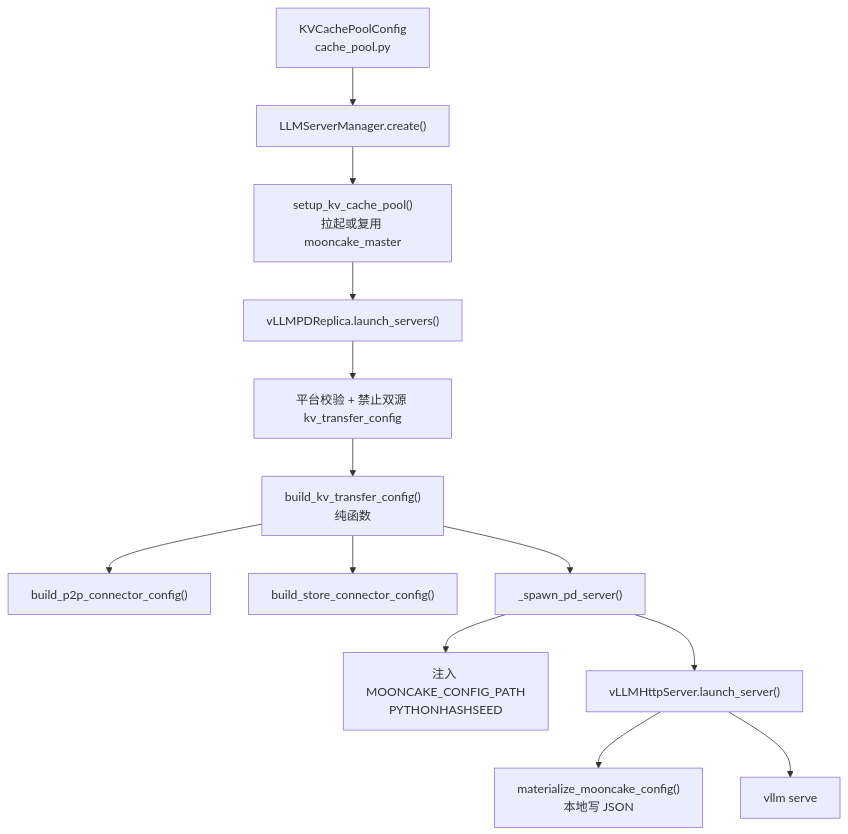
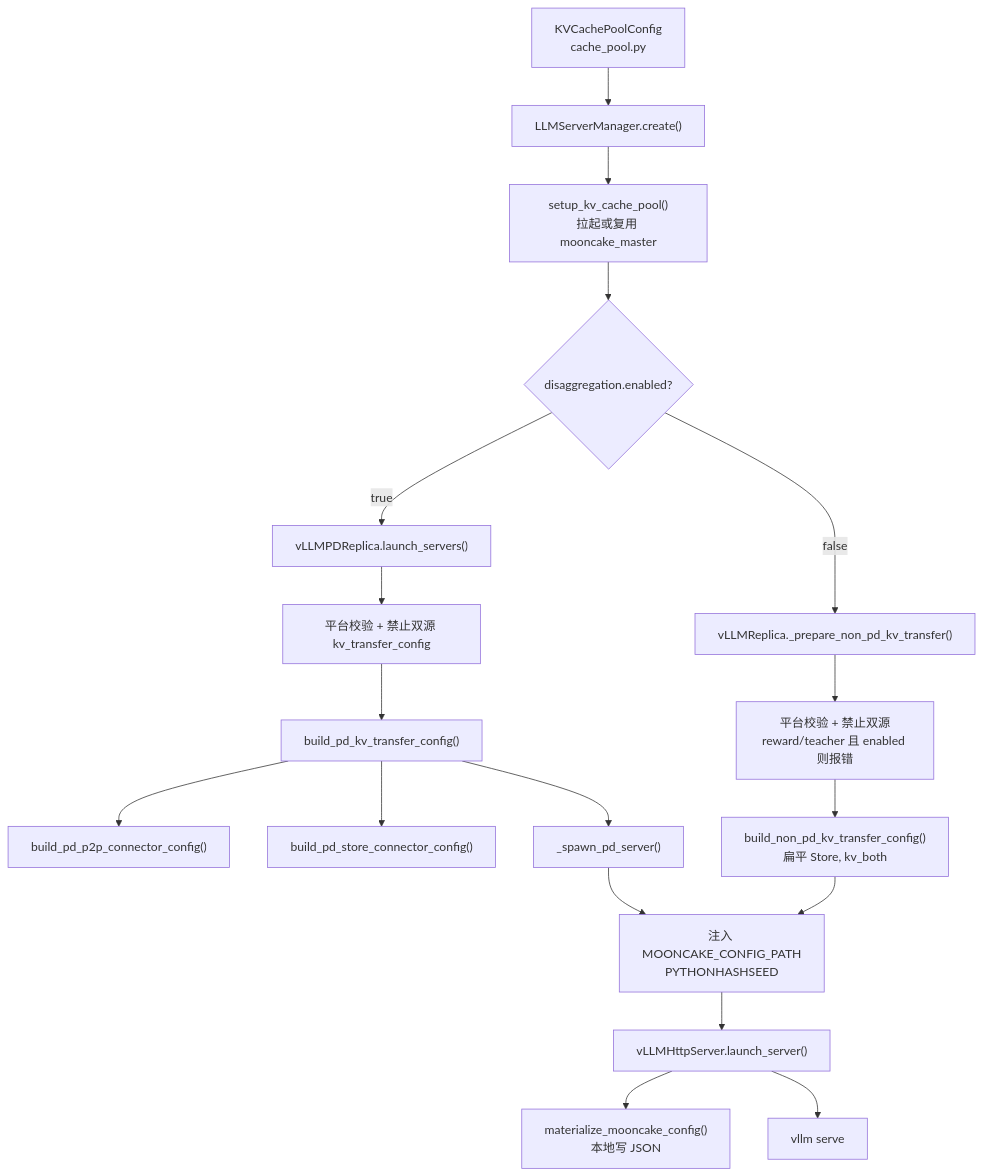
Before and after one commit to zhichao-lin/verl: the first of 7 diagrams in docs/perf/cache_pool/kv_cache_pool_spec.md, drawn with Mermaid. The commit also changed other lines of this file and 10 other files, not shown here.

First line of the commit message:
[vllm] feat: attach a Mooncake Store connector for non-PD rollout

````diff
--- a/docs/perf/cache_pool/kv_cache_pool_spec.md
+++ b/docs/perf/cache_pool/kv_cache_pool_spec.md
@@ -56,15 +54,20 @@
 ```mermaid
 flowchart TB
     CFG["KVCachePoolConfig<br/>cache_pool.py"] --> MGR["LLMServerManager.create()"]
     MGR --> SETUP["setup_kv_cache_pool()<br/>拉起或复用 mooncake_master"]
-    SETUP --> REPL["vLLMPDReplica.launch_servers()"]
-    REPL --> VAL["平台校验 + 禁止双源 kv_transfer_config"]
-    VAL --> BUILD["build_kv_transfer_config()<br/>纯函数"]
-    BUILD --> P2P["build_p2p_connector_config()"]
-    BUILD --> STORE["build_store_connector_config()"]
+    SETUP --> BRANCH{"disaggregation.enabled?"}
+    BRANCH -->|true| PD["vLLMPDReplica.launch_servers()"]
+    BRANCH -->|false| NPD["vLLMReplica._prepare_non_pd_kv_transfer()"]
+    PD --> VAL["平台校验 + 禁止双源 kv_transfer_config"]
+    NPD --> NVAL["平台校验 + 禁止双源<br/>reward/teacher 且 enabled 则报错"]
+    VAL --> BUILD["build_pd_kv_transfer_config()"]
+    BUILD --> P2P["build_pd_p2p_connector_config()"]
+    BUILD --> STORE["build_pd_store_connector_config()"]
     BUILD --> SPAWN["_spawn_pd_server()"]
+    NVAL --> NBUILD["build_non_pd_kv_transfer_config()<br/>扁平 Store, kv_both"]
     SPAWN --> ENV["注入 MOONCAKE_CONFIG_PATH<br/>PYTHONHASHSEED"]
-    SPAWN --> HTTP["vLLMHttpServer.launch_server()"]
+    NBUILD --> ENV
+    ENV --> HTTP["vLLMHttpServer.launch_server()"]
     HTTP --> JSON["materialize_mooncake_config()<br/>本地写 JSON"]
     HTTP --> VLLM["vllm serve"]
 ```
````
